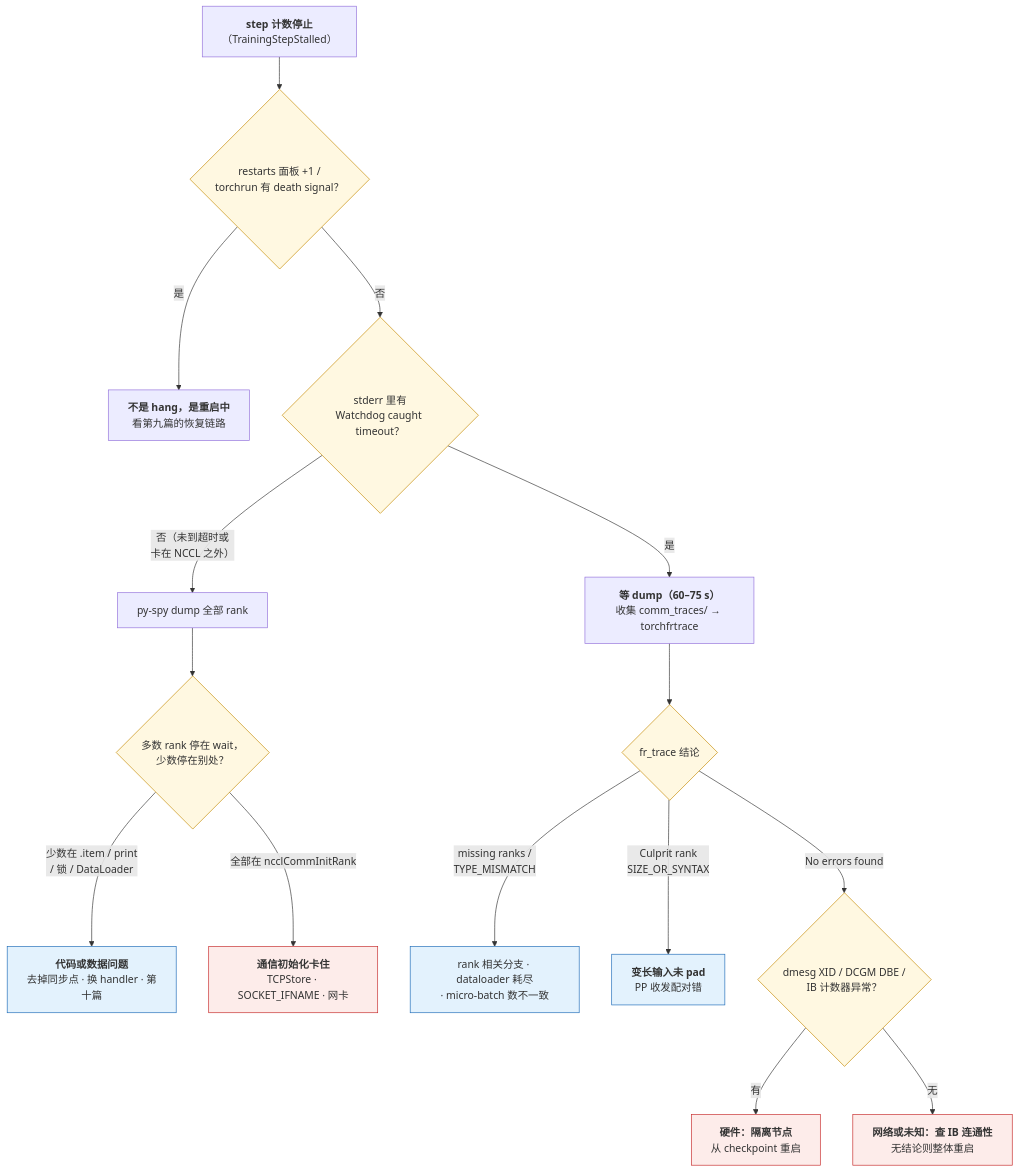
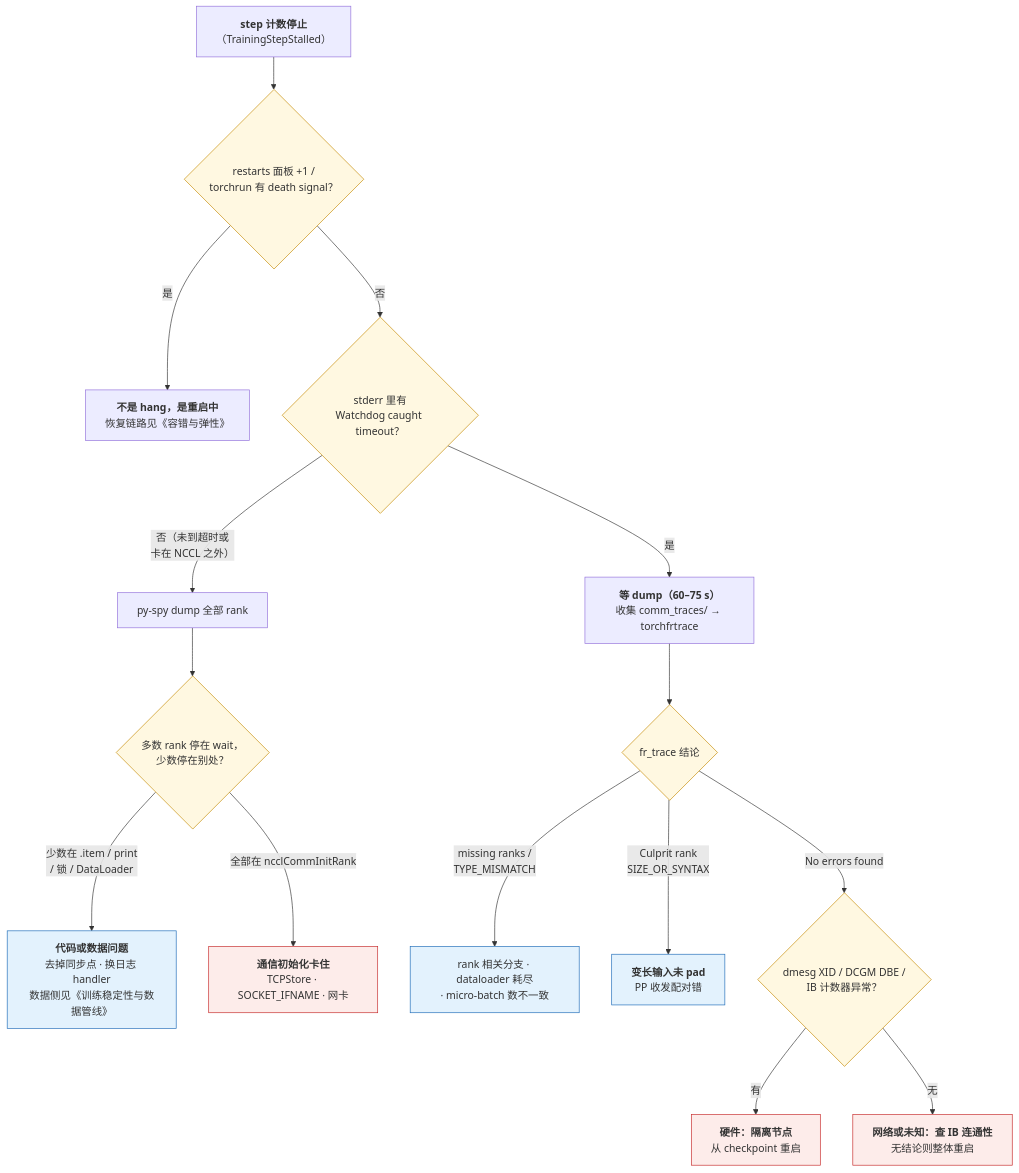
The fourth of 6 diagrams in _posts/2026-07-29-long-running-training-observability-and-operations.md (arganzheng/arganzheng.github.com), drawn with Mermaid before and after one commit. The commit also changed other lines of this file, not shown here.

First line of the commit message:
大规模训练工程（11）长时训练的可观测与运维：从症状到结论的主线图 + 11 行观测对象表；修两张渲染错位的表（DCGM 字段与用途错位、三框架可观测面有一格断在冒号）；六处旧编号指错改对

````diff
--- a/_posts/2026-07-29-long-running-training-observability-and-operations.md
+++ b/_posts/2026-07-29-long-running-training-observability-and-operations.md
@@ -562,24 +679,24 @@
 ```mermaid
 %% 图：从 step 停止到归因的决策树：先排除重启中，再看有没有 Watchdog 超时，无则 py-spy，有则等 FR dump
 flowchart TB
   S["<b>step 计数停止</b><br/>（TrainingStepStalled）"] --> Q1{"restarts 面板 +1 /<br/>torchrun 有 death signal？"}
-  Q1 -->|"是"| R["<b>不是 hang，是重启中</b><br/>看第九篇的恢复链路"]
+  Q1 -->|"是"| R["<b>不是 hang，是重启中</b><br/>恢复链路见《容错与弹性》"]
   Q1 -->|"否"| Q2{"stderr 里有<br/>Watchdog caught timeout？"}
   Q2 -->|"否（未到超时或<br/>卡在 NCCL 之外）"| PS["py-spy dump 全部 rank"]
   PS --> Q3{"多数 rank 停在 wait，<br/>少数停在别处？"}
-  Q3 -->|"少数在 .item / print<br/>/ 锁 / DataLoader"| C1["<b>代码或数据问题</b><br/>去掉同步点 · 换 handler · 第十篇"]
+  Q3 -->|"少数在 .item / print<br/>/ 锁 / DataLoader"| C1["<b>代码或数据问题</b><br/>去掉同步点 · 换日志 handler<br/>数据侧见《训练稳定性与数据管线》"]
   Q3 -->|"全部在 ncclCommInitRank"| C2["<b>通信初始化卡住</b><br/>TCPStore · SOCKET_IFNAME · 网卡"]
   Q2 -->|"是"| FR["<b>等 dump（60–75 s）</b><br/>收集 comm_traces/ → torchfrtrace"]
   FR --> Q4{"fr_trace 结论"}
   Q4 -->|"missing ranks /<br/>TYPE_MISMATCH"| C3["rank 相关分支 · dataloader 耗尽<br/>· micro-batch 数不一致"]
   Q4 -->|"Culprit rank<br/>SIZE_OR_SYNTAX"| C4["<b>变长输入未 pad</b><br/>PP 收发配对错"]
   Q4 -->|"No errors found"| HW{"dmesg XID / DCGM DBE /<br/>IB 计数器异常？"}
   HW -->|"有"| C5["<b>硬件：隔离节点</b><br/>从 checkpoint 重启"]
   HW -->|"无"| C6["<b>网络或未知：查 IB 连通性</b><br/>无结论则整体重启"]
   classDef q fill:#fff8e1,stroke:#c58a00;
   classDef code fill:#e3f2fd,stroke:#1e6bb8;
   classDef env fill:#fdecea,stroke:#c62828;
   class Q1,Q2,Q3,Q4,HW q;
   class C1,C3,C4 code;
   class C2,C5,C6 env;
 ```
````
